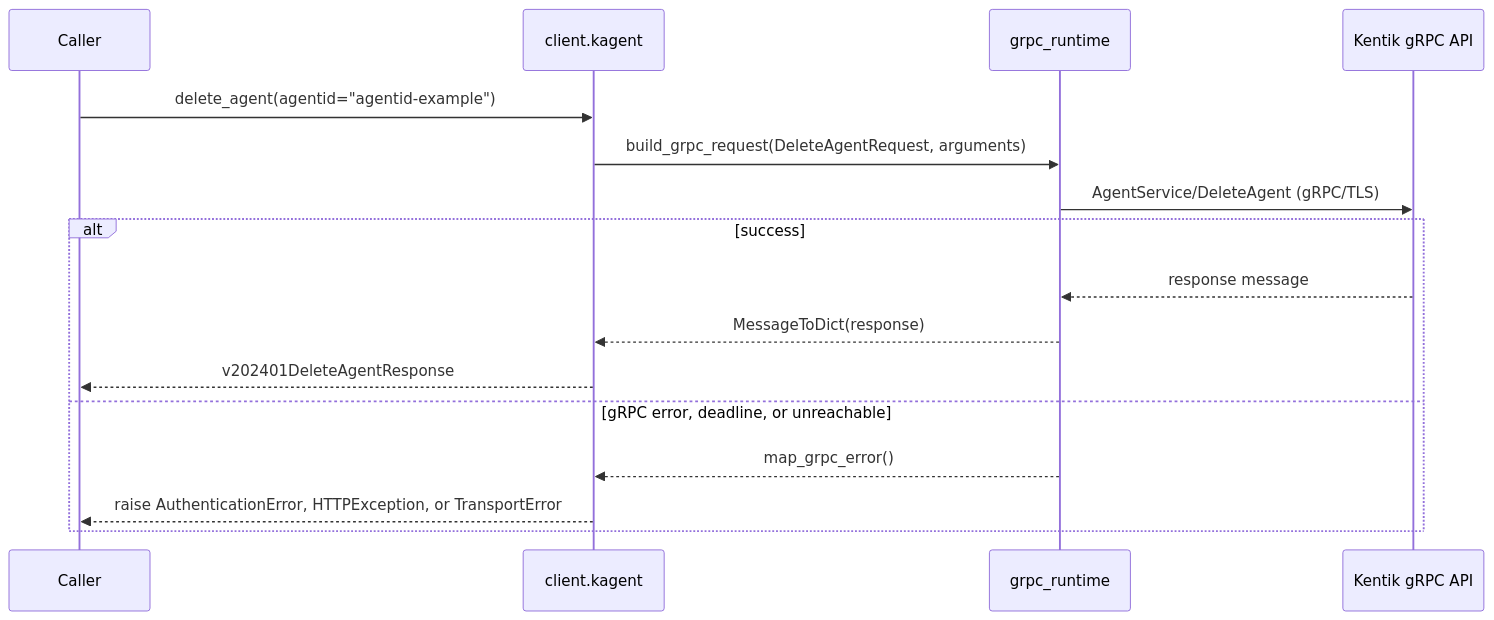
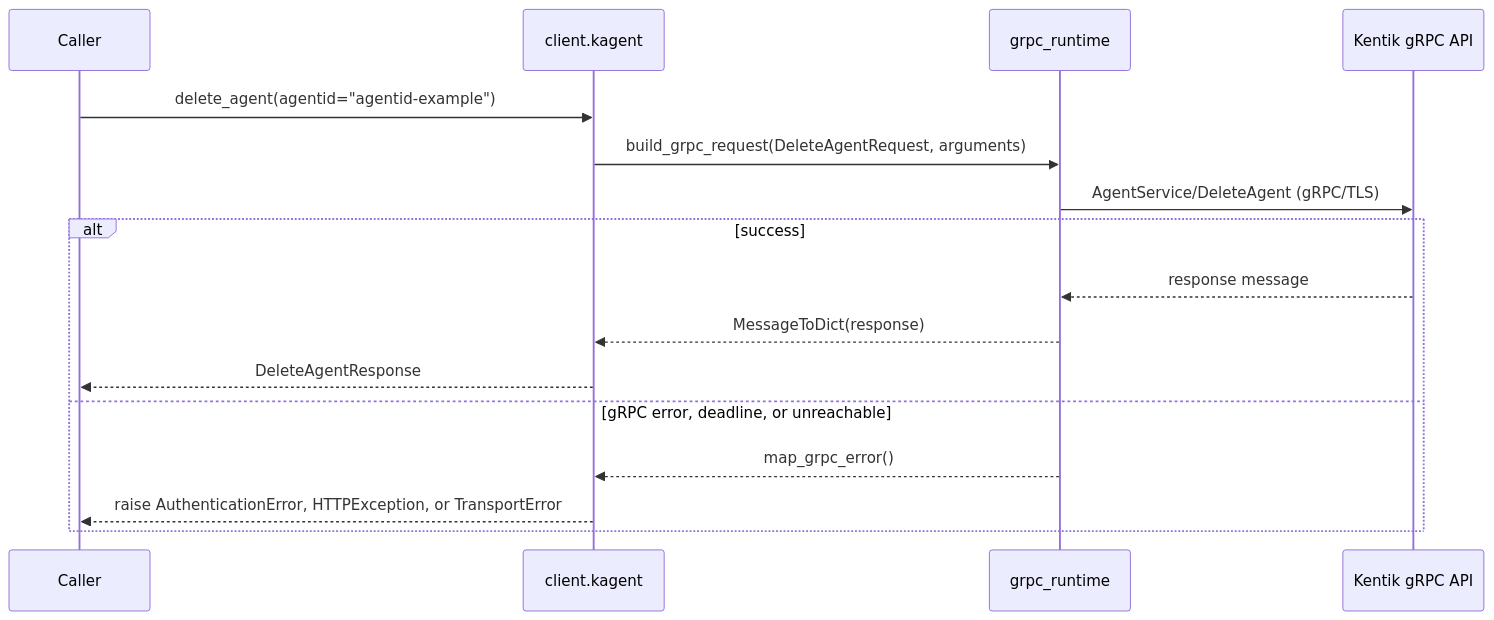
Before and after one commit to alexdearaujo/community_sdk_python: diagram 15 of 58 in docs/sphinx/services/kagent.md, drawn with Mermaid. The commit also changed other lines of this file and 38 other files, not shown here.

````diff
--- a/docs/sphinx/services/kagent.md
+++ b/docs/sphinx/services/kagent.md
@@ -522,19 +522,19 @@
 ```mermaid
 sequenceDiagram
     participant C as Caller
     participant W as client.kagent
     participant R as grpc_runtime
     participant API as Kentik gRPC API
 
     C->>W: delete_agent(agentid="agentid-example")
     W->>R: build_grpc_request(DeleteAgentRequest, arguments)
     R->>API: AgentService/DeleteAgent (gRPC/TLS)
     alt success
         API-->>R: response message
         R-->>W: MessageToDict(response)
-        W-->>C: v202401DeleteAgentResponse
+        W-->>C: DeleteAgentResponse
     else gRPC error, deadline, or unreachable
         R-->>W: map_grpc_error()
         W-->>C: raise AuthenticationError, HTTPException, or TransportError
     end
 ```
````
